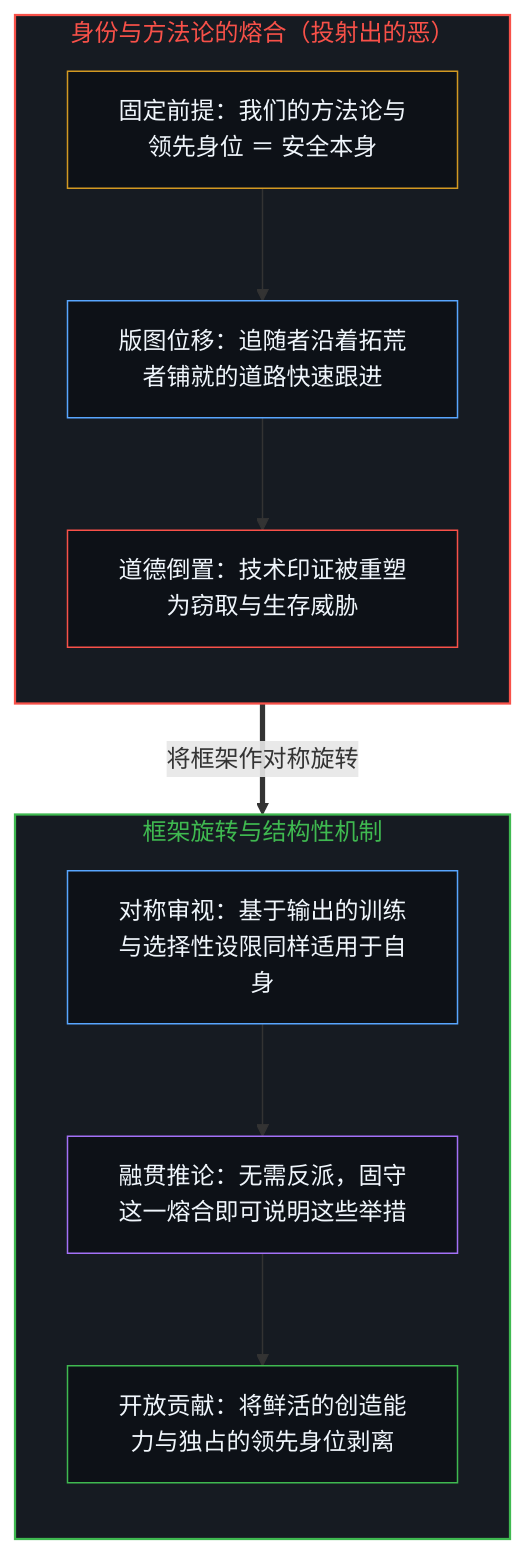
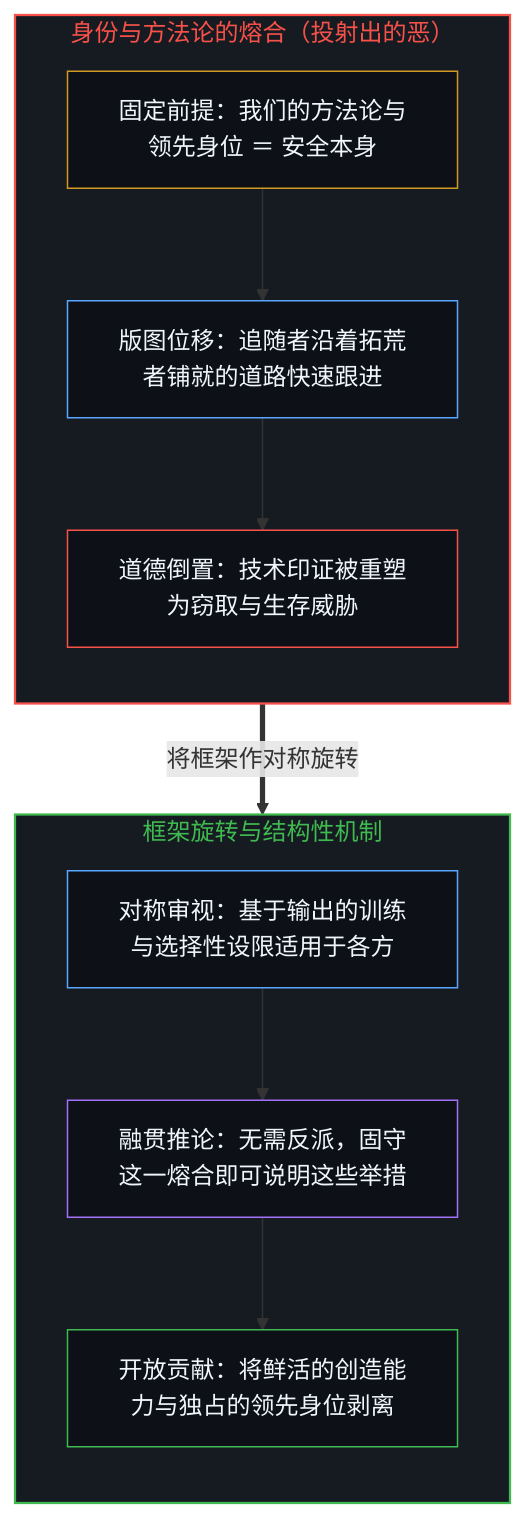
The first of 2 diagrams in content/posts/evil-as-projected-resistance.md (powerpig99/not-a-toe), drawn with Mermaid before and after one commit. The commit also changed other lines of this file and 7 other files, not shown here.

````diff
--- a/content/posts/evil-as-projected-resistance.md
+++ b/content/posts/evil-as-projected-resistance.md
@@ -29,26 +29,26 @@
 ```mermaid
 flowchart TD
     subgraph S_Fusion["身份与方法论的熔合（投射出的恶）"]
         direction TB
         P_Fix["固定前提：我们的方法论与领先身位 ＝ 安全本身"]
         P_Valid["版图位移：追随者沿着拓荒者铺就的道路快速跟进"]
         P_Invert["道德倒置：技术印证被重塑为窃取与生存威胁"]
         P_Fix --> P_Valid --> P_Invert
     end
     subgraph S_Rotate["框架旋转与结构性机制"]
         direction TB
-        R_Sym["对称审视：基于输出的训练与选择性设限同样适用于自身"]
+        R_Sym["对称审视：基于输出的训练与选择性设限适用于各方"]
         R_Mech["融贯推论：无需反派，固守这一熔合即可说明这些举措"]
         R_Contribute["开放贡献：将鲜活的创造能力与独占的领先身位剥离"]
         R_Sym --> R_Mech --> R_Contribute
     end
     P_Invert ==>|"将框架作对称旋转"| R_Sym
     style S_Fusion fill:#161b22,stroke:#f85149,stroke-width:1.5px,color:#f85149
     style S_Rotate fill:#161b22,stroke:#3fb950,stroke-width:1.5px,color:#3fb950
     style P_Fix fill:#0d1117,stroke:#d29922,stroke-width:1px,color:#f0f6fc
     style P_Valid fill:#0d1117,stroke:#58a6ff,stroke-width:1px,color:#f0f6fc
     style P_Invert fill:#0d1117,stroke:#f85149,stroke-width:1px,color:#f0f6fc
     style R_Sym fill:#0d1117,stroke:#58a6ff,stroke-width:1px,color:#f0f6fc
     style R_Mech fill:#0d1117,stroke:#a371f7,stroke-width:1px,color:#f0f6fc
     style R_Contribute fill:#0d1117,stroke:#3fb950,stroke-width:1px,color:#f0f6fc
 ```
````
